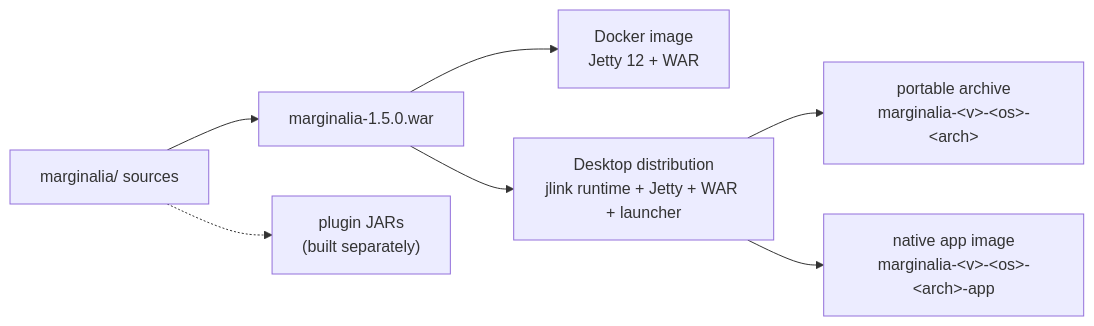
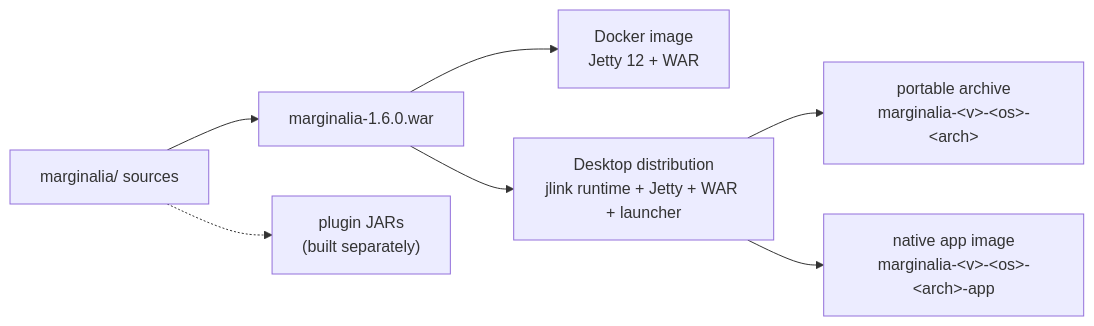
The first of 3 diagrams in manual/developer/packaging.md (Enerccio/Marginalia), drawn with Mermaid before and after one commit. The commit also changed other lines of this file and 31 other files, not shown here.

````diff
--- a/manual/developer/packaging.md
+++ b/manual/developer/packaging.md
@@ -26,9 +26,9 @@
 ```mermaid
 flowchart LR
-    src["marginalia/ sources"] --> war["marginalia-1.5.0.war"]
+    src["marginalia/ sources"] --> war["marginalia-1.6.0.war"]
     war --> docker["Docker image<br/>Jetty 12 + WAR"]
     war --> desktop["Desktop distribution<br/>jlink runtime + Jetty + WAR + launcher"]
     desktop --> portable["portable archive<br/>marginalia-&lt;v&gt;-&lt;os&gt;-&lt;arch&gt;"]
     desktop --> appimage["native app image<br/>marginalia-&lt;v&gt;-&lt;os&gt;-&lt;arch&gt;-app"]
     src -.-> plugins["plugin JARs<br/>(built separately)"]
 ```
````
